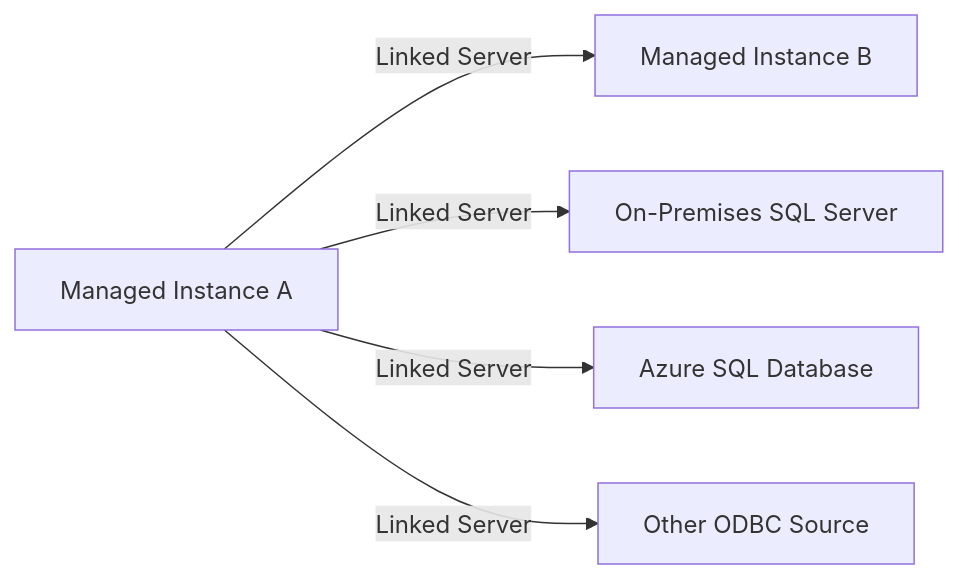
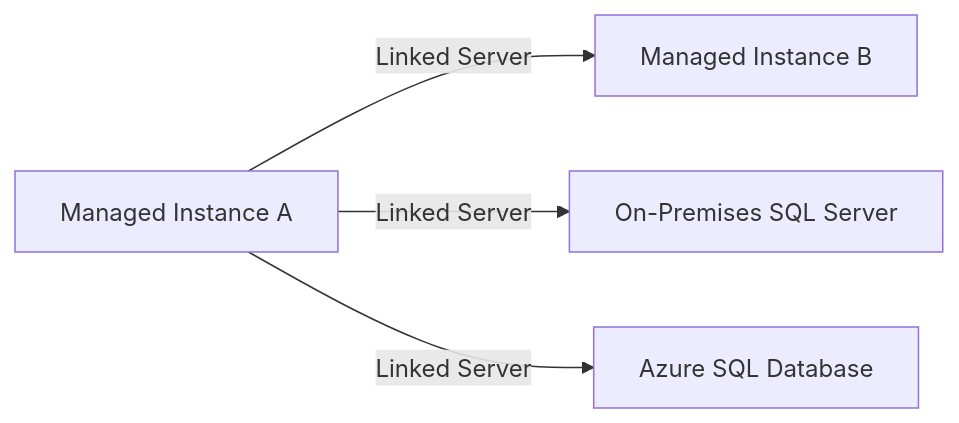
One commit to OneUptime/blog changed the diagram in posts/2026-02-16-how-to-set-up-linked-servers-in-azure-sql-managed-instance/README.md. Above: the diagram before and after it, drawn with Mermaid. The commit also changed other lines of this file and 2 other files, not shown here.

Commit message:
validate: 2026-02-16-how-to-set-up-linked-servers-in-azure-sql-managed-instance

````diff
--- a/posts/2026-02-16-how-to-set-up-linked-servers-in-azure-sql-managed-instance/README.md
+++ b/posts/2026-02-16-how-to-set-up-linked-servers-in-azure-sql-managed-instance/README.md
@@ -26,7 +26,6 @@
 ```mermaid
 graph LR
     A[Managed Instance A] -->|Linked Server| B[Managed Instance B]
     A -->|Linked Server| C[On-Premises SQL Server]
     A -->|Linked Server| D[Azure SQL Database]
-    A -->|Linked Server| E[Other ODBC Source]
 ```
````
